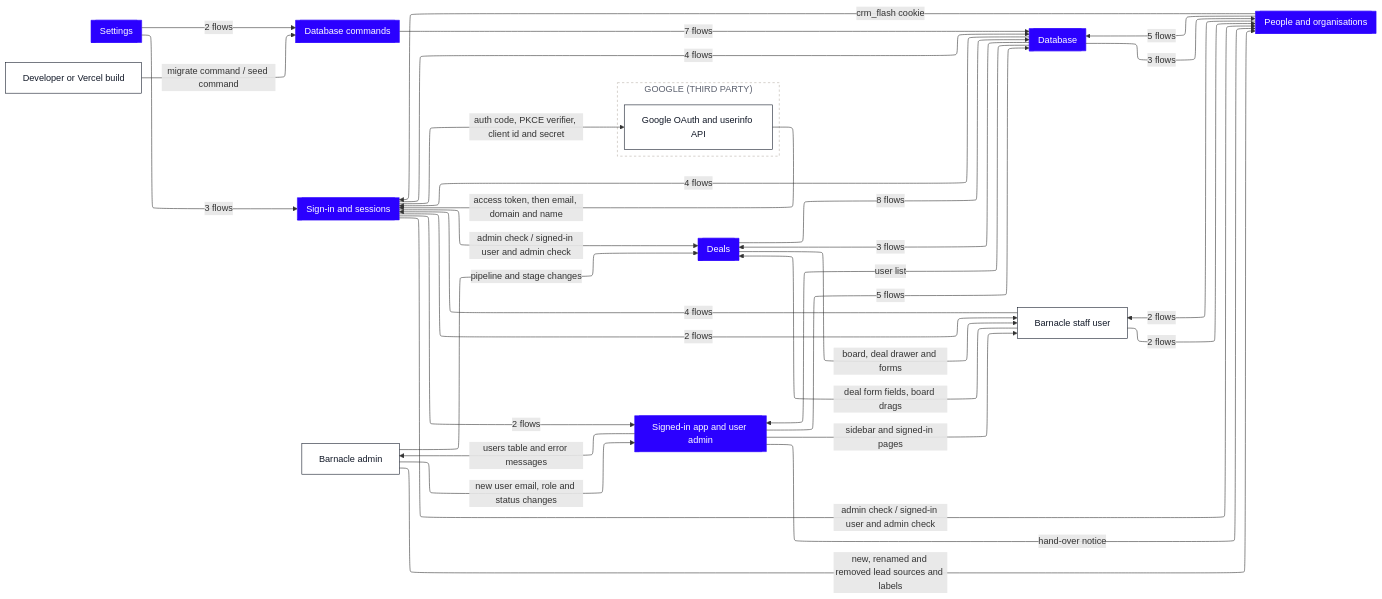
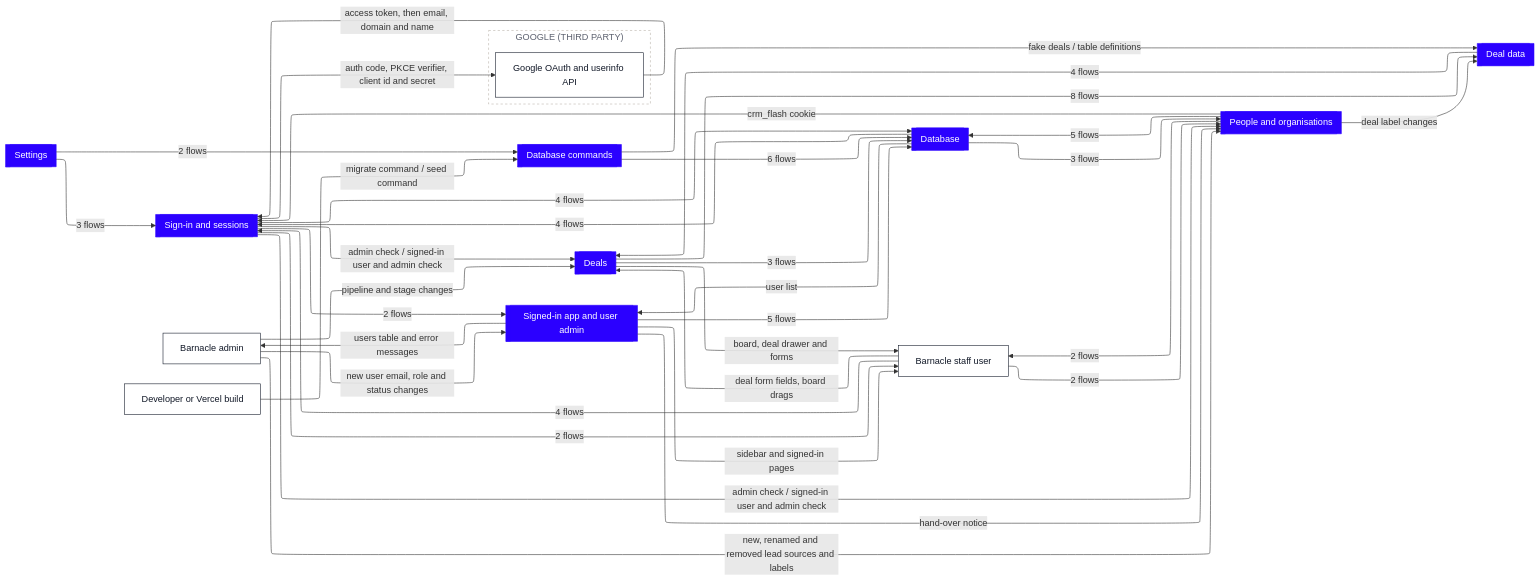
Before and after one commit to Romain-Perche/Barnacle-Pipe: the first of 10 diagrams in dataflow/DATAFLOW.md, drawn with Mermaid. The commit also changed other lines of this file and 10 other files, not shown here.

````diff
--- a/dataflow/DATAFLOW.md
+++ b/dataflow/DATAFLOW.md
@@ -11,59 +11,63 @@
 ```mermaid
 ---
 config:
   layout: elk
 ---
 flowchart LR
     n1[["Database"]]
     n2[["Database commands"]]
-    n3[["Deals"]]
-    n4[["People and organisations"]]
-    n5[["Settings"]]
-    n6[["Sign-in and sessions"]]
-    n7[["Signed-in app and user admin"]]
-    n8["Barnacle admin"]
-    n9["Developer or Vercel build"]
-    n10["Barnacle staff user"]
+    n3[["Deal data"]]
+    n4[["Deals"]]
+    n5[["People and organisations"]]
+    n6[["Settings"]]
+    n7[["Sign-in and sessions"]]
+    n8[["Signed-in app and user admin"]]
+    n9["Barnacle admin"]
+    n10["Developer or Vercel build"]
+    n11["Barnacle staff user"]
     subgraph z1["GOOGLE (THIRD PARTY)"]
-        n11["Google OAuth and userinfo API"]
+        n12["Google OAuth and userinfo API"]
     end
-    n8 -->|"new, renamed and removed lead sources and labels"| n4
-    n8 -->|"pipeline and stage changes"| n3
-    n8 -->|"new user email, role and status changes"| n7
-    n7 -->|"sidebar and signed-in pages"| n10
-    n4 -->|"5 flows"| n1
-    n1 -->|"3 flows"| n4
-    n6 -->|"4 flows"| n1
-    n3 -->|"8 flows"| n1
-    n3 -->|"board, deal drawer and forms"| n10
-    n1 -->|"3 flows"| n3
-    n9 -->|"migrate command / seed command"| n2
-    n5 -->|"3 flows"| n6
-    n5 -->|"2 flows"| n2
-    n6 -->|"auth code, PKCE verifier, client id and secret"| n11
-    n6 -->|"2 flows"| n10
-    n11 -->|"access token, then email, domain and name"| n6
-    n2 -->|"7 flows"| n1
-    n4 -->|"2 flows"| n10
-    n4 -->|"crm_flash cookie"| n6
-    n6 -->|"2 flows"| n7
-    n6 -->|"admin check / signed-in user and admin check"| n4
-    n6 -->|"admin check / signed-in user and admin check"| n3
-    n1 -->|"4 flows"| n6
-    n10 -->|"deal form fields, board drags"| n3
-    n10 -->|"4 flows"| n6
-    n10 -->|"2 flows"| n4
-    n7 -->|"users table and error messages"| n8
-    n7 -->|"5 flows"| n1
-    n7 -->|"hand-over notice"| n4
-    n1 -->|"user list"| n7
+    n9 -->|"new, renamed and removed lead sources and labels"| n5
+    n9 -->|"pipeline and stage changes"| n4
+    n9 -->|"new user email, role and status changes"| n8
+    n8 -->|"sidebar and signed-in pages"| n11
+    n5 -->|"5 flows"| n1
+    n5 -->|"deal label changes"| n3
+    n1 -->|"3 flows"| n5
+    n7 -->|"4 flows"| n1
+    n3 -->|"4 flows"| n4
+    n4 -->|"8 flows"| n3
+    n4 -->|"3 flows"| n1
+    n4 -->|"board, deal drawer and forms"| n11
+    n10 -->|"migrate command / seed command"| n2
+    n6 -->|"3 flows"| n7
+    n6 -->|"2 flows"| n2
+    n7 -->|"auth code, PKCE verifier, client id and secret"| n12
+    n7 -->|"2 flows"| n11
+    n12 -->|"access token, then email, domain and name"| n7
+    n2 -->|"fake deals / table definitions"| n3
+    n2 -->|"6 flows"| n1
+    n5 -->|"2 flows"| n11
+    n5 -->|"crm_flash cookie"| n7
+    n7 -->|"2 flows"| n8
+    n7 -->|"admin check / signed-in user and admin check"| n5
+    n7 -->|"admin check / signed-in user and admin check"| n4
+    n1 -->|"4 flows"| n7
+    n11 -->|"deal form fields, board drags"| n4
+    n11 -->|"4 flows"| n7
+    n11 -->|"2 flows"| n5
+    n8 -->|"users table and error messages"| n9
+    n8 -->|"5 flows"| n1
+    n8 -->|"hand-over notice"| n5
+    n1 -->|"user list"| n8
     classDef actor fill:#FFFFFF,stroke:#111827,stroke-width:1px,color:#111827
     classDef process fill:#EDEAFF,stroke:#2B00FF,stroke-width:1.5px,color:#111827
     classDef store fill:#FAF6F1,stroke:#111827,stroke-width:1.5px,color:#111827
     classDef zone fill:#1A1A1A,stroke:#1A1A1A,color:#FFFFFF
     classDef group fill:#2B00FF,stroke:#2B00FF,color:#FFFFFF
     classDef stub fill:#FFFFFF,stroke:#2B00FF,stroke-width:1.5px,stroke-dasharray:5 4,color:#2B00FF
-    class n8,n9,n10,n11 actor
-    class n1,n2,n3,n4,n5,n6,n7 group
+    class n9,n10,n11,n12 actor
+    class n1,n2,n3,n4,n5,n6,n7,n8 group
     style z1 fill:#FFFFFF,stroke:#B9B2A8,stroke-dasharray:4 4,color:#5D6270
 ```
````
